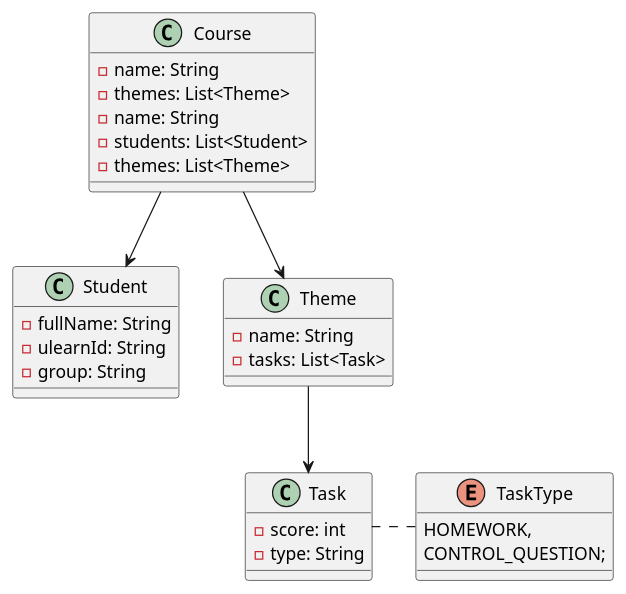
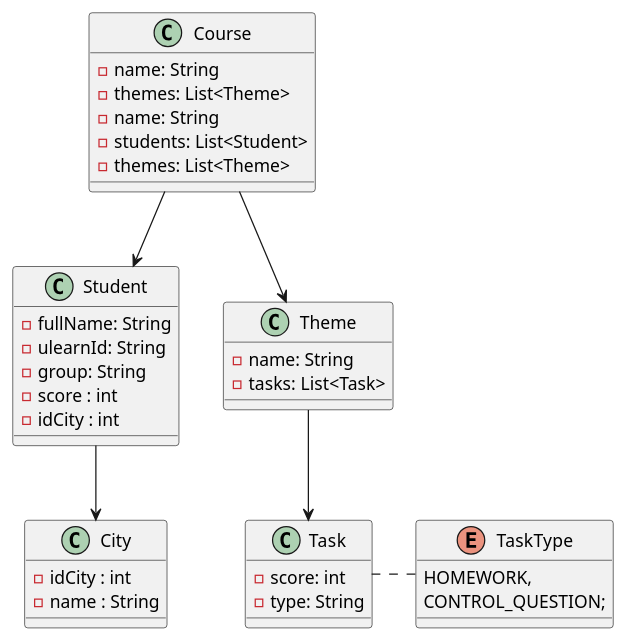
One commit to Pavyk96/AnalyticsJavaPayk96 changed the diagram in seq.puml. Above: the diagram before and after it, drawn with PlantUML. The commit also changed 4 other files, not shown here.

```diff
--- a/seq.puml
+++ b/seq.puml
@@ -1,38 +1,45 @@
 @startuml
 class Student {
     - fullName: String
     - ulearnId: String
     - group: String
+    - score : int
+    - idCity : int
 }
 
 class Task {
     - score: int
     - type: String
 }
 
 class Course {
     - name: String
     - themes: List<Theme>
 }
 
 class Course {
     - name: String
     - students: List<Student>
     - themes: List<Theme>
 }
 
 class Theme {
     - name: String
     - tasks: List<Task>
 }
 
 enum TaskType {
     HOMEWORK,
     CONTROL_QUESTION;
 }
 
+class City {
+    - idCity : int
+    - name : String
+}
+Student --> City
 Course --> Theme
 Course --> Student
 Theme --> Task
 Task.TaskType
 @enduml
```
